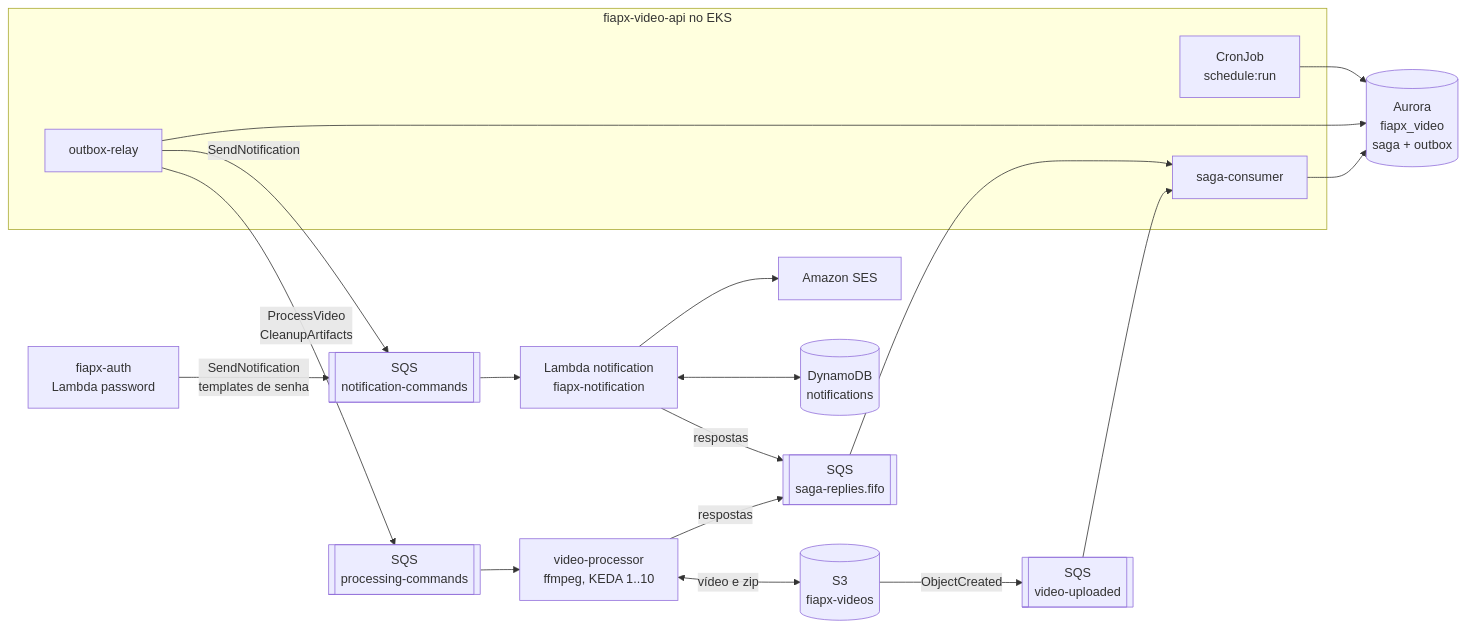
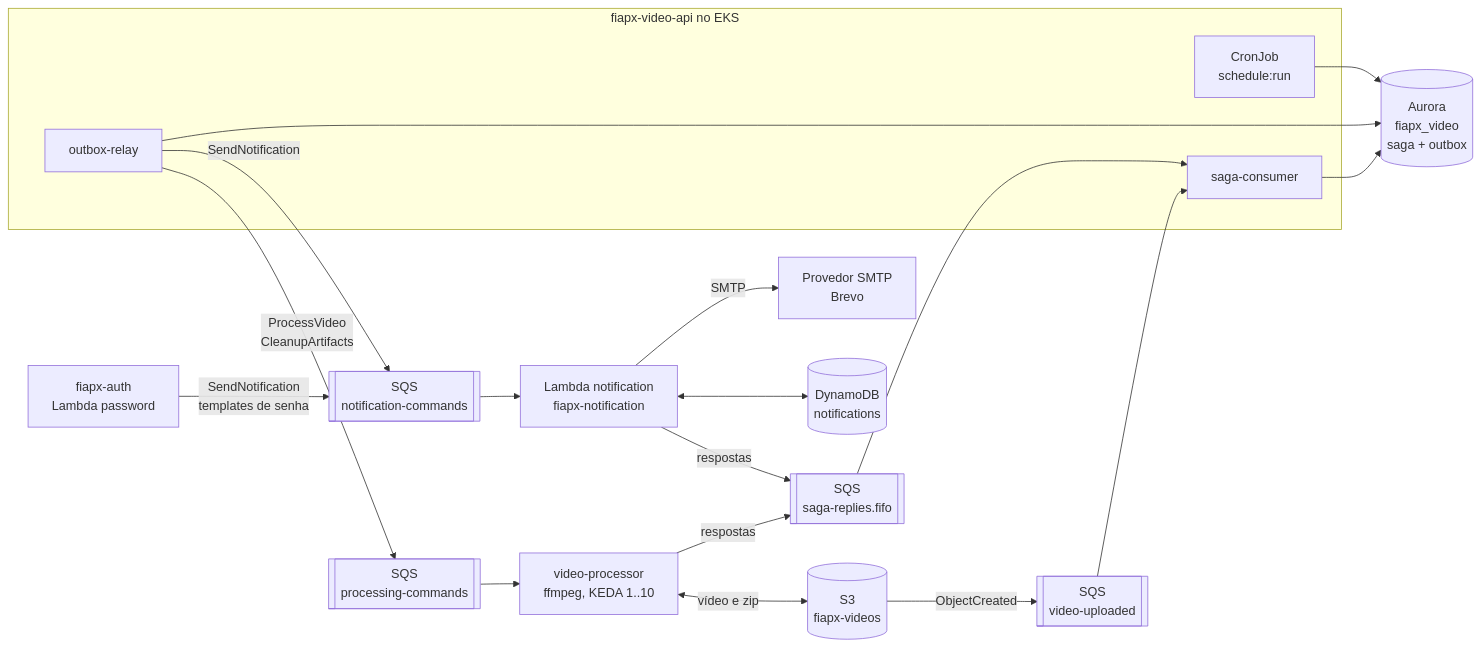
One commit to hackathon-fiap-soat/fiapx-docs changed the second of 2 diagrams in 03-arquitetura/c4-containers.md. Above: the diagram before and after it, drawn with Mermaid. The commit also changed other lines of this file and 59 other files, not shown here.

````diff
--- a/03-arquitetura/c4-containers.md
+++ b/03-arquitetura/c4-containers.md
@@ -35,26 +34,26 @@
 ```mermaid
 flowchart LR
   S3[("S3<br/>fiapx-videos")] -->|ObjectCreated| Q_UP[["SQS<br/>video-uploaded"]]
 
   subgraph VAPI["fiapx-video-api no EKS"]
     CONS["saga-consumer"]
     RELAY["outbox-relay"]
     CRON["CronJob<br/>schedule:run"]
   end
 
   Q_UP --> CONS
   CONS & RELAY & CRON --> AURORA_VIDEO[("Aurora<br/>fiapx_video<br/>saga + outbox")]
   RELAY -->|"ProcessVideo<br/>CleanupArtifacts"| Q_PROC[["SQS<br/>processing-commands"]]
   RELAY -->|SendNotification| Q_NOTIF[["SQS<br/>notification-commands"]]
   AUTHP["fiapx-auth<br/>Lambda password"] -->|"SendNotification<br/>templates de senha"| Q_NOTIF
 
   Q_PROC --> WRK["video-processor<br/>ffmpeg, KEDA 1..10"]
   WRK <-->|"vídeo e zip"| S3
   WRK -->|respostas| Q_REPLY[["SQS<br/>saga-replies.fifo"]]
 
   Q_NOTIF --> LNOTIF["Lambda notification<br/>fiapx-notification"]
-  LNOTIF --> SES["Amazon SES"]
+  LNOTIF -->|"SMTP"| SMTP["Provedor SMTP<br/>Brevo"]
   LNOTIF <--> DDB[("DynamoDB<br/>notifications")]
   LNOTIF -->|respostas| Q_REPLY
   Q_REPLY --> CONS
 ```
````
